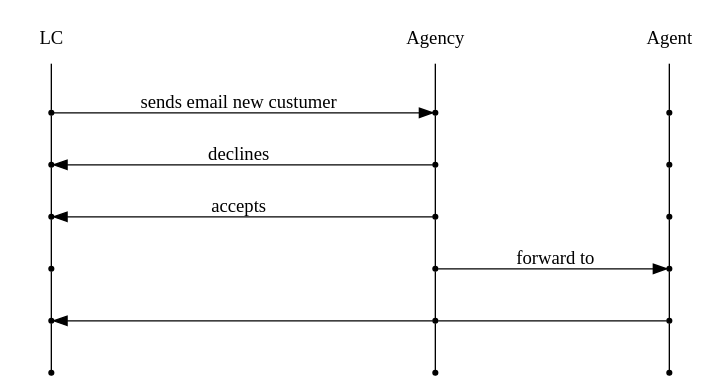
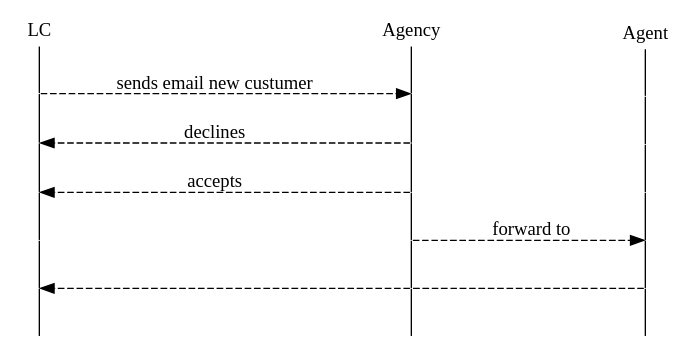
The diagram in seq.dot (abruzzi/graphviz-scripts), drawn with Graphviz before and after one commit. The commit also changed 5 other files, not shown here.

Commit message:
update sequence chart

```diff
--- a/seq.dot
+++ b/seq.dot
@@ -1,30 +1,33 @@
 digraph G { 
     rankdir="LR"; 
-    node[shape="point"]; 
-    edge[arrowhead="none"] 
+    node[shape="point", width=0, height=0]; 
+    edge[arrowhead="none", style="dashed"] 
 
     { 
         rank="same"; 
-        LC[shape="plaintext"] 
-            LC -> step00 -> step01 -> step02 -> step03 -> step04 -> step05; 
+        edge[style="solided"];
+        LC[shape="plaintext"]; 
+        LC -> step00 -> step01 -> step02 -> step03 -> step04 -> step05; 
     } 
 
     { 
         rank="same"; 
-        Agency[shape="plaintext"] 
-            Agency -> step10 -> step11 -> step12 -> step13 -> step14 -> step15; 
+        edge[style="solided"];
+        Agency[shape="plaintext"];
+        Agency -> step10 -> step11 -> step12 -> step13 -> step14 -> step15; 
     } 
 
     { 
         rank="same"; 
-        Agent[shape="plaintext"] 
-            Agent -> step20 -> step21 -> step22 -> step23 -> step24 -> step25; 
+        edge[style="solided"];
+        Agent[shape="plaintext"];
+        Agent -> step20 -> step21 -> step22 -> step23 -> step24 -> step25; 
     } 
 
     step00 -> step10 [label="sends email new custumer", arrowhead="normal"]; 
     step11 -> step01 [label="declines", arrowhead="normal"]; 
     step12 -> step02 [label="accepts", arrowhead="normal"]; 
     step13 -> step23 [label="forward to", arrowhead="normal"]; 
     step24 -> step14; 
     step14 -> step04 [arrowhead="normal"]; 
 } 
```
